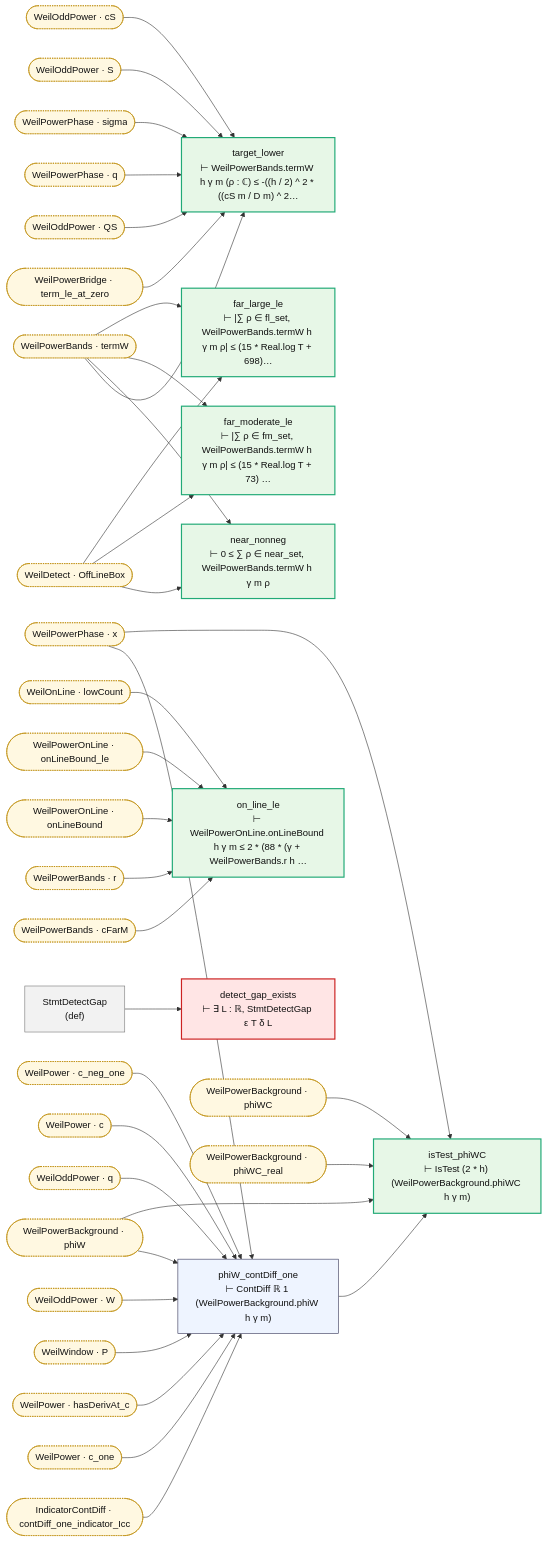
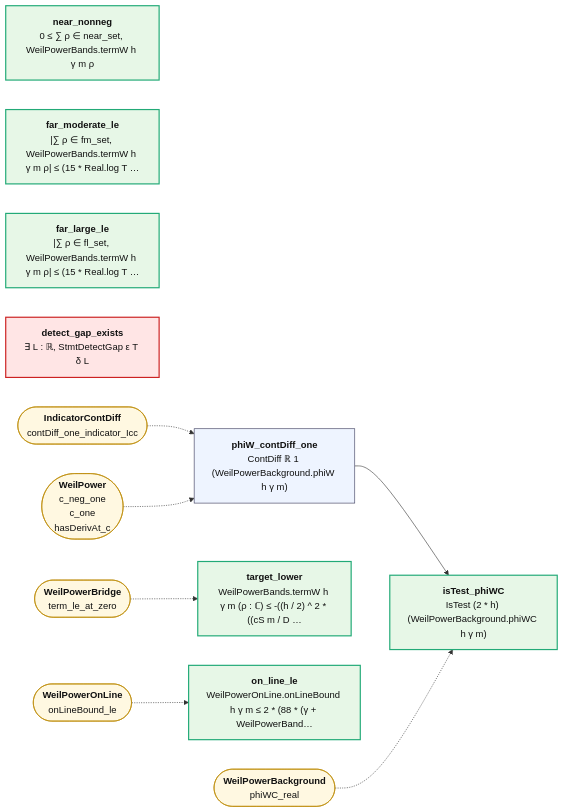
One commit to juliansambranojr/Primebeat_081426 changed the diagram in map/lean_stage3/WeilPowerAssembly.md. Above: the diagram before and after it, drawn with Mermaid. The commit also changed other lines of this file and 387 other files, not shown here.

````diff
--- a/map/lean_stage3/WeilPowerAssembly.md
+++ b/map/lean_stage3/WeilPowerAssembly.md
@@ -8,77 +12,27 @@
 ```mermaid
 flowchart LR
-  n0["StmtDetectGap<br/>(def)"]:::dfn
-  n1["phiW_contDiff_one<br/>⊢ ContDiff ℝ 1 (WeilPowerBackground.phiW h γ m)"]:::thm
-  n2["isTest_phiWC<br/>⊢ IsTest (2 * h) (WeilPowerBackground.phiWC h γ m)"]:::end_
-  n3["target_lower<br/>⊢ WeilPowerBands.termW h γ m (ρ : ℂ) ≤ -((h / 2) ^ 2 * ((cS m / D m) ^ 2…"]:::end_
-  n4["near_nonneg<br/>⊢ 0 ≤ ∑ ρ ∈ near_set, WeilPowerBands.termW h γ m ρ"]:::end_
-  n5["far_moderate_le<br/>⊢ |∑ ρ ∈ fm_set, WeilPowerBands.termW h γ m ρ| ≤ (15 * Real.log T + 73) …"]:::end_
-  n6["far_large_le<br/>⊢ |∑ ρ ∈ fl_set, WeilPowerBands.termW h γ m ρ| ≤ (15 * Real.log T + 698)…"]:::end_
-  n7["on_line_le<br/>⊢ WeilPowerOnLine.onLineBound h γ m ≤ 2 * (88 * (γ + WeilPowerBands.r h …"]:::end_
-  n8["detect_gap_exists<br/>⊢ ∃ L : ℝ, StmtDetectGap ε T δ L"]:::bad
-  x0(["IndicatorContDiff · contDiff_one_indicator_Icc"]):::ext
-  x1(["WeilDetect · OffLineBox"]):::ext
-  x2(["WeilOddPower · QS"]):::ext
-  x3(["WeilOddPower · S"]):::ext
-  x4(["WeilOddPower · W"]):::ext
-  x5(["WeilOddPower · cS"]):::ext
-  x6(["WeilOddPower · q"]):::ext
-  x7(["WeilOnLine · lowCount"]):::ext
-  x8(["WeilPower · c"]):::ext
-  x9(["WeilPower · c_neg_one"]):::ext
-  x10(["WeilPower · c_one"]):::ext
-  x11(["WeilPower · hasDerivAt_c"]):::ext
-  x12(["WeilPowerBackground · phiW"]):::ext
-  x13(["WeilPowerBackground · phiWC"]):::ext
-  x14(["WeilPowerBackground · phiWC_real"]):::ext
-  x15(["WeilPowerBands · cFarM"]):::ext
-  x16(["WeilPowerBands · r"]):::ext
-  x17(["WeilPowerBands · termW"]):::ext
-  x18(["WeilPowerBridge · term_le_at_zero"]):::ext
-  x19(["WeilPowerOnLine · onLineBound"]):::ext
-  x20(["WeilPowerOnLine · onLineBound_le"]):::ext
-  x21(["WeilPowerPhase · q"]):::ext
-  x22(["WeilPowerPhase · sigma"]):::ext
-  x23(["WeilPowerPhase · x"]):::ext
-  x24(["WeilWindow · P"]):::ext
-  n0 --> n8
-  n1 --> n2
-  x0 --> n1
-  x1 --> n4
-  x1 --> n5
-  x1 --> n6
-  x10 --> n1
-  x11 --> n1
-  x12 --> n1
-  x12 --> n2
-  x13 --> n2
-  x14 --> n2
-  x15 --> n7
-  x16 --> n7
-  x17 --> n3
-  x17 --> n4
-  x17 --> n5
-  x17 --> n6
-  x18 --> n3
-  x19 --> n7
-  x2 --> n3
-  x20 --> n7
-  x21 --> n3
-  x22 --> n3
-  x23 --> n1
-  x23 --> n2
-  x24 --> n1
-  x3 --> n3
-  x4 --> n1
-  x5 --> n3
-  x6 --> n1
-  x7 --> n7
-  x8 --> n1
-  x9 --> n1
+  n0["<b>phiW_contDiff_one</b><br/>ContDiff ℝ 1 (WeilPowerBackground.phiW h γ m)"]:::thm
+  n1["<b>isTest_phiWC</b><br/>IsTest (2 * h) (WeilPowerBackground.phiWC h γ m)"]:::end_
+  n2["<b>target_lower</b><br/>WeilPowerBands.termW h γ m (ρ : ℂ) ≤ -((h / 2) ^ 2 * ((cS m / D …"]:::end_
+  n3["<b>near_nonneg</b><br/>0 ≤ ∑ ρ ∈ near_set, WeilPowerBands.termW h γ m ρ"]:::end_
+  n4["<b>far_moderate_le</b><br/>|∑ ρ ∈ fm_set, WeilPowerBands.termW h γ m ρ| ≤ (15 * Real.log T …"]:::end_
+  n5["<b>far_large_le</b><br/>|∑ ρ ∈ fl_set, WeilPowerBands.termW h γ m ρ| ≤ (15 * Real.log T …"]:::end_
+  n6["<b>on_line_le</b><br/>WeilPowerOnLine.onLineBound h γ m ≤ 2 * (88 * (γ + WeilPowerBand…"]:::end_
+  n7["<b>detect_gap_exists</b><br/>∃ L : ℝ, StmtDetectGap ε T δ L"]:::bad
+  x0(["<b>IndicatorContDiff</b><br/>contDiff_one_indicator_Icc"]):::ext
+  x1(["<b>WeilPower</b><br/>c_neg_one<br/>c_one<br/>hasDerivAt_c"]):::ext
+  x2(["<b>WeilPowerBackground</b><br/>phiWC_real"]):::ext
+  x3(["<b>WeilPowerBridge</b><br/>term_le_at_zero"]):::ext
+  x4(["<b>WeilPowerOnLine</b><br/>onLineBound_le"]):::ext
+  n0 --> n1
+  x0 -.-> n0
+  x1 -.-> n0
+  x2 -.-> n1
+  x3 -.-> n2
+  x4 -.-> n6
   classDef thm fill:#eef4ff,stroke:#335,color:#111
-  classDef dfn fill:#f2f2f2,stroke:#777,color:#111
   classDef end_ fill:#e7f7e7,stroke:#2a7,color:#111,stroke-width:2px
   classDef lone fill:#fff,stroke:#999,color:#111,stroke-dasharray:4 3
   classDef bad fill:#ffe5e5,stroke:#c22,color:#111,stroke-width:2px
-  classDef ext fill:#fff8e1,stroke:#b80,color:#111,stroke-dasharray:2 2
+  classDef ext fill:#fff8e1,stroke:#b80,color:#111
 ```
````
